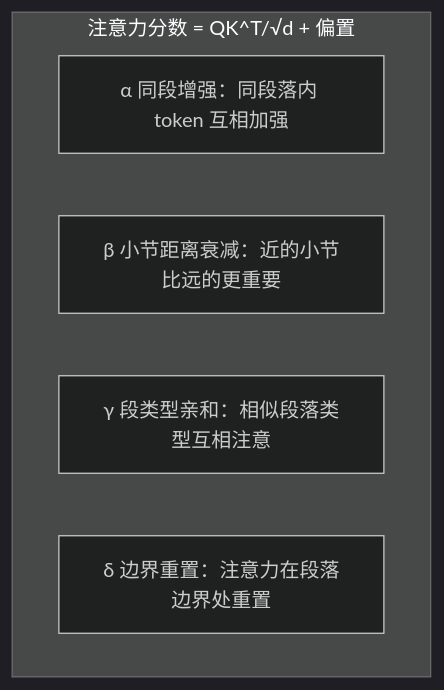
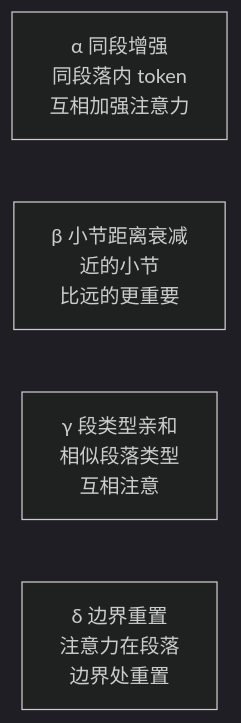
Before and after one commit to Derancarls/Chopinote-AI: diagram 11 of 12 in README.md, drawn with Mermaid (dark theme). The commit also changed other lines of this file, not shown here.

Commit message:
v0.3.3-pre2: fix Mermaid syntax, remove LMDB/data-pipeline from README

````diff
--- a/README.md
+++ b/README.md
@@ -626,10 +538,7 @@
 ```mermaid
-flowchart TB
-    subgraph "注意力分数 = QK^T/√d + 偏置"
-        direction LR
-        A["α 同段增强：同段落内 token 互相加强"]
-        B["β 小节距离衰减：近的小节比远的更重要"]
-        G["γ 段类型亲和：相似段落类型互相注意"]
-        D["δ 边界重置：注意力在段落边界处重置"]
-    end
+flowchart LR
+    A["α 同段增强<br/>同段落内 token<br/>互相加强注意力"]
+    B["β 小节距离衰减<br/>近的小节<br/>比远的更重要"]
+    G["γ 段类型亲和<br/>相似段落类型<br/>互相注意"]
+    D["δ 边界重置<br/>注意力在段落<br/>边界处重置"]
 ```
````
